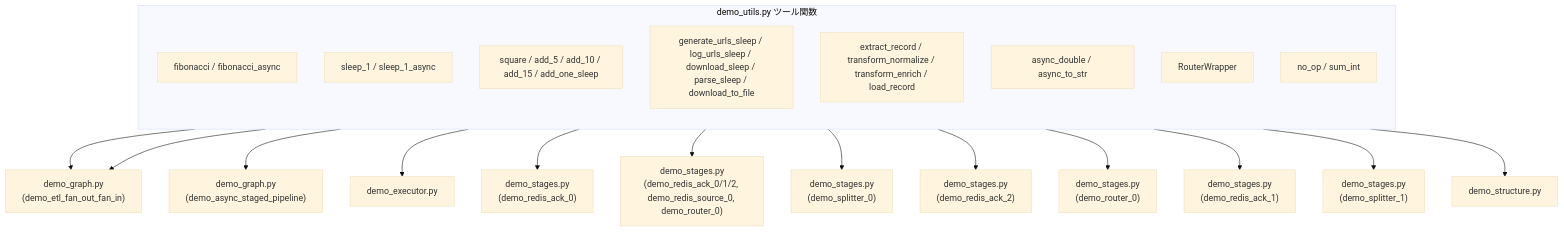
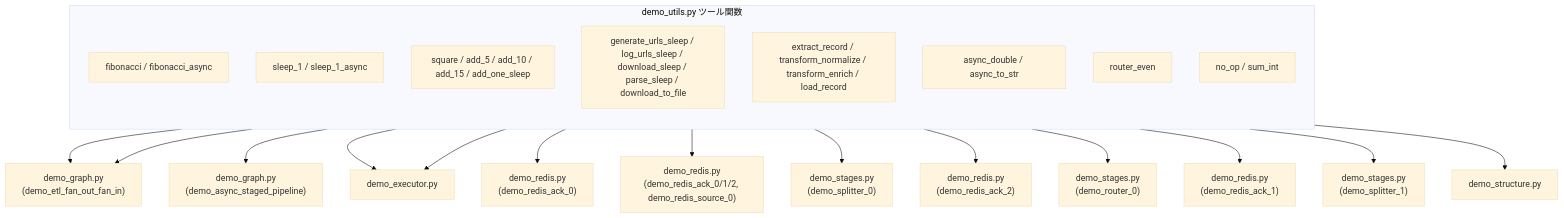
Before and after one commit to Mr-xiaotian/CelestialFlow: the diagram in docs/ja/demo/demo_utils.md, drawn with Mermaid (base theme). The commit also changed other lines of this file and 168 other files, not shown here.

````diff
--- a/docs/ja/demo/demo_utils.md
+++ b/docs/ja/demo/demo_utils.md
@@ -13,27 +13,28 @@
 ```mermaid
 flowchart TD
     subgraph Utils["demo_utils.py ツール関数"]
         direction TB
         Fib["fibonacci / fibonacci_async"]
         Sleep1["sleep_1 / sleep_1_async"]
         Compute["square / add_5 / add_10 / add_15 / add_one_sleep"]
         Url["generate_urls_sleep / log_urls_sleep / download_sleep / parse_sleep / download_to_file"]
         ETL["extract_record / transform_normalize / transform_enrich / load_record"]
         Async["async_double / async_to_str"]
-        Router["RouterWrapper"]
+        Router["router_even"]
         Misc["no_op / sum_int"]
     end
 
     ETL --> Graph["demo_graph.py<br/>(demo_etl_fan_out_fan_in)"]
     Async --> Graph
     Async --> GraphAsync["demo_graph.py<br/>(demo_async_staged_pipeline)"]
     Fib --> Executor["demo_executor.py"]
-    Fib --> StagesRedis0["demo_stages.py<br/>(demo_redis_ack_0)"]
-    Sleep1 --> StagesRedis["demo_stages.py<br/>(demo_redis_ack_0/1/2, demo_redis_source_0, demo_router_0)"]
+    Fib --> Executor["demo_executor.py"]
+    Fib --> Redis0["demo_redis.py<br/>(demo_redis_ack_0)"]
+    Sleep1 --> RedisDemo["demo_redis.py<br/>(demo_redis_ack_0/1/2, demo_redis_source_0)"]
     Url --> StagesSplitter0["demo_stages.py<br/>(demo_splitter_0)"]
-    Url --> StagesRedis2["demo_stages.py<br/>(demo_redis_ack_2)"]
+    Url --> Redis2["demo_redis.py<br/>(demo_redis_ack_2)"]
     Router --> StagesRouter0["demo_stages.py<br/>(demo_router_0)"]
-    Misc --> StagesRedis1["demo_stages.py<br/>(demo_redis_ack_1)"]
+    Misc --> Redis1["demo_redis.py<br/>(demo_redis_ack_1)"]
     Misc --> StagesSplitter1["demo_stages.py<br/>(demo_splitter_1)"]
     Compute --> Structure["demo_structure.py"]
 ```
````
